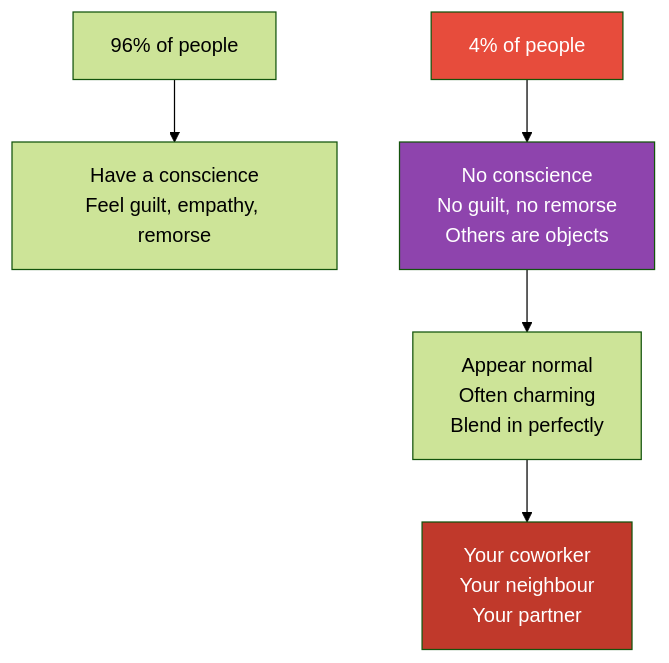
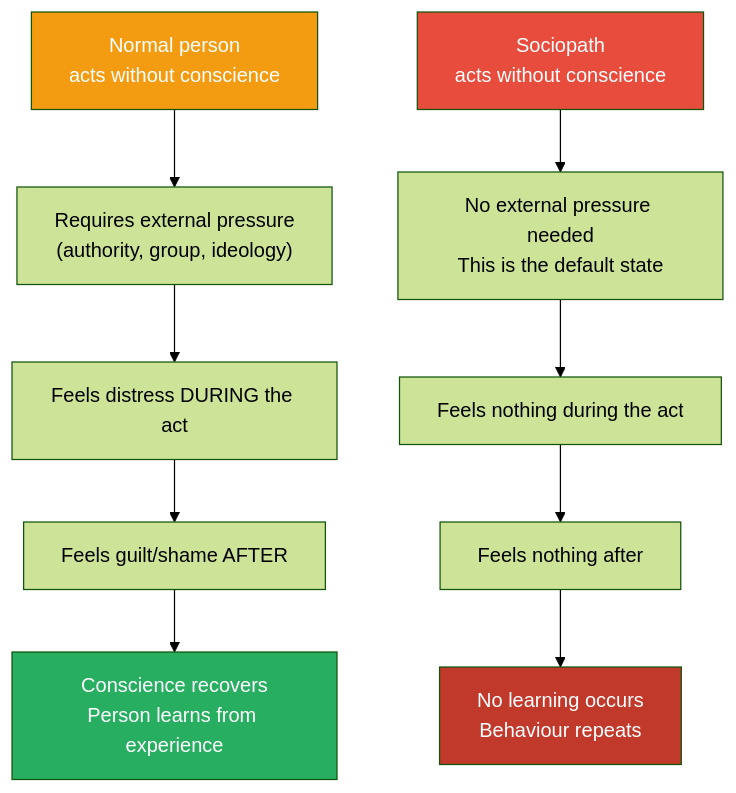
The first of 6 diagrams in summaries/Awareness & Protection/The Sociopath Next Door - Martha Stout.md (alius33/reader), drawn with Mermaid (forest theme) before and after one commit. The commit also changed other lines of this file and 272 other files, not shown here.

````diff
--- a/summaries/Awareness & Protection/The Sociopath Next Door - Martha Stout.md
+++ b/summaries/Awareness & Protection/The Sociopath Next Door - Martha Stout.md
@@ -35,10 +159,17 @@
 ```mermaid
 flowchart TD
-    A["96% of people"] --> B["Have a conscience\nFeel guilt, empathy, remorse"]
-    C["4% of people"] --> D["No conscience\nNo guilt, no remorse\nOthers are objects"]
-    D --> E["Appear normal\nOften charming\nBlend in perfectly"]
-    E --> F["Your coworker\nYour neighbour\nYour partner"]
-    style C fill:#e74c3c,color:#fff
-    style D fill:#8e44ad,color:#fff
-    style F fill:#c0392b,color:#fff
+    A["Normal person<br>acts without conscience"] --> B["Requires external pressure<br>(authority, group, ideology)"]
+    B --> C["Feels distress DURING the act"]
+    C --> D["Feels guilt/shame AFTER"]
+    D --> E["Conscience recovers<br>Person learns from experience"]
+
+    F["Sociopath<br>acts without conscience"] --> G["No external pressure needed<br>This is the default state"]
+    G --> H["Feels nothing during the act"]
+    H --> I["Feels nothing after"]
+    I --> J["No learning occurs<br>Behaviour repeats"]
+
+    style A fill:#f39c12,color:#fff
+    style F fill:#e74c3c,color:#fff
+    style E fill:#27ae60,color:#fff
+    style J fill:#c0392b,color:#fff
 ```
````
